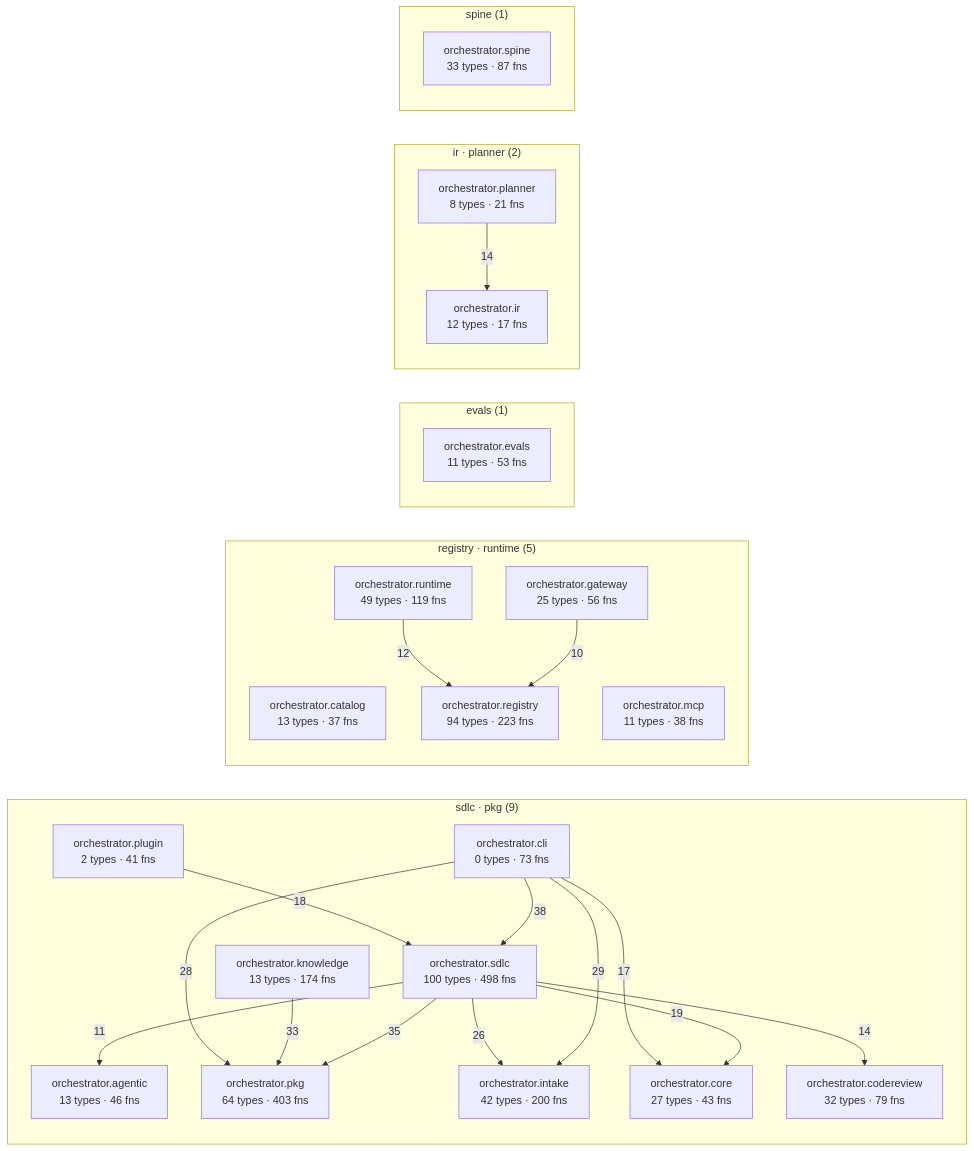
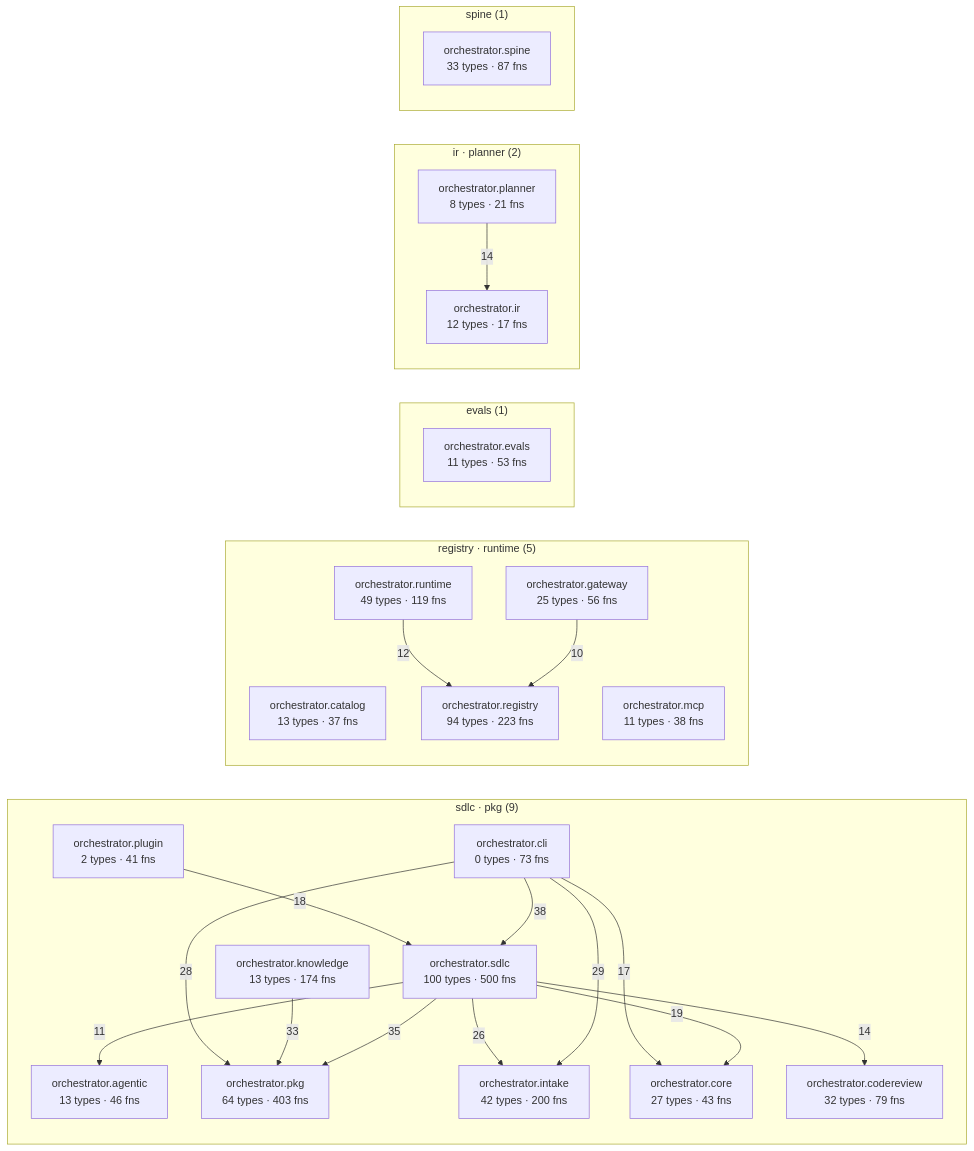
The diagram in episteme/architecture.md (synaptixs/spine), drawn with Mermaid before and after one commit. The commit also changed other lines of this file and 12 other files, not shown here.

````diff
--- a/episteme/architecture.md
+++ b/episteme/architecture.md
@@ -54,45 +54,45 @@
 ```mermaid
 flowchart LR
   subgraph c_1["sdlc · pkg (9)"]
     aorchestratoragentic["orchestrator.agentic<br/>13 types · 46 fns"]
     aorchestratorcli["orchestrator.cli<br/>0 types · 73 fns"]
     aorchestratorcodereview["orchestrator.codereview<br/>32 types · 79 fns"]
     aorchestratorcore["orchestrator.core<br/>27 types · 43 fns"]
     aorchestratorintake["orchestrator.intake<br/>42 types · 200 fns"]
     aorchestratorknowledge["orchestrator.knowledge<br/>13 types · 174 fns"]
     aorchestratorpkg["orchestrator.pkg<br/>64 types · 403 fns"]
     aorchestratorplugin["orchestrator.plugin<br/>2 types · 41 fns"]
-    aorchestratorsdlc["orchestrator.sdlc<br/>100 types · 498 fns"]
+    aorchestratorsdlc["orchestrator.sdlc<br/>100 types · 500 fns"]
   end
   subgraph c_3["registry · runtime (5)"]
     aorchestratorcatalog["orchestrator.catalog<br/>13 types · 37 fns"]
     aorchestratorgateway["orchestrator.gateway<br/>25 types · 56 fns"]
     aorchestratormcp["orchestrator.mcp<br/>11 types · 38 fns"]
     aorchestratorregistry["orchestrator.registry<br/>94 types · 223 fns"]
     aorchestratorruntime["orchestrator.runtime<br/>49 types · 119 fns"]
   end
   subgraph c_5["evals (1)"]
     aorchestratorevals["orchestrator.evals<br/>11 types · 53 fns"]
   end
   subgraph c_7["ir · planner (2)"]
     aorchestratorir["orchestrator.ir<br/>12 types · 17 fns"]
     aorchestratorplanner["orchestrator.planner<br/>8 types · 21 fns"]
   end
   subgraph c_10["spine (1)"]
     aorchestratorspine["orchestrator.spine<br/>33 types · 87 fns"]
   end
   aorchestratorcli -->|38| aorchestratorsdlc
   aorchestratorsdlc -->|35| aorchestratorpkg
   aorchestratorknowledge -->|33| aorchestratorpkg
   aorchestratorcli -->|29| aorchestratorintake
   aorchestratorcli -->|28| aorchestratorpkg
   aorchestratorsdlc -->|26| aorchestratorintake
   aorchestratorsdlc -->|19| aorchestratorcore
   aorchestratorplugin -->|18| aorchestratorsdlc
   aorchestratorcli -->|17| aorchestratorcore
   aorchestratorplanner -->|14| aorchestratorir
   aorchestratorsdlc -->|14| aorchestratorcodereview
   aorchestratorruntime -->|12| aorchestratorregistry
   aorchestratorsdlc -->|11| aorchestratoragentic
   aorchestratorgateway -->|10| aorchestratorregistry
 ```
````
